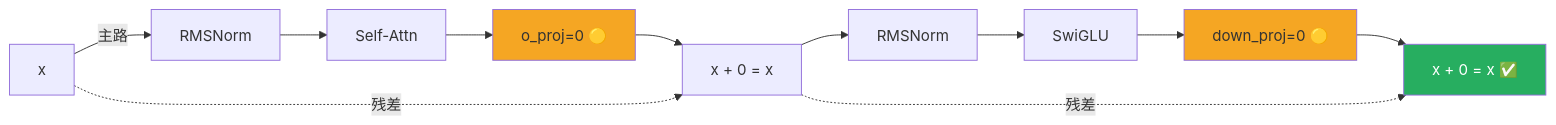
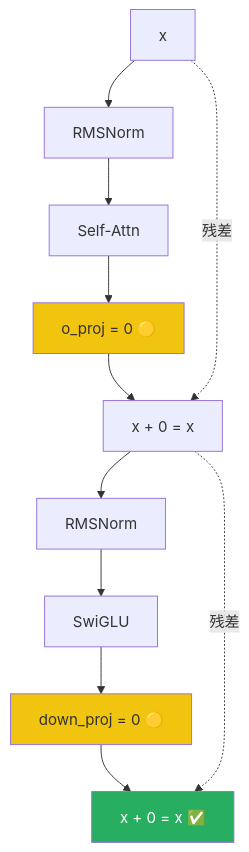
The third of 15 diagrams in docs/llm_param_expansion.md (jianzhnie/PCL-Model-Kit), drawn with Mermaid before and after one commit. The commit also changed other lines of this file, not shown here.

````diff
--- a/docs/llm_param_expansion.md
+++ b/docs/llm_param_expansion.md
@@ -86,12 +94,16 @@
 ```mermaid
-graph LR
-    X[x] -->|主路| N1[RMSNorm] --> ATT[Self-Attn] --> OP["o_proj=0 🟡"]
+graph TD
+    X[x] --> N1[RMSNorm]
+    N1 --> ATT[Self-Attn]
+    ATT --> OP["o_proj = 0 🟡"]
     OP --> ADD1["x + 0 = x"]
     X -.->|残差| ADD1
-    ADD1 --> N2[RMSNorm] --> FFN[SwiGLU] --> DP["down_proj=0 🟡"]
+    ADD1 --> N2[RMSNorm]
+    N2 --> FFN[SwiGLU]
+    FFN --> DP["down_proj = 0 🟡"]
     DP --> ADD2["x + 0 = x ✅"]
     ADD1 -.->|残差| ADD2
-    style OP fill:#F5A623,color:#333
-    style DP fill:#F5A623,color:#333
+    style OP fill:#F1C40F,color:#333
+    style DP fill:#F1C40F,color:#333
     style ADD2 fill:#27AE60,color:#fff
 ```
````
